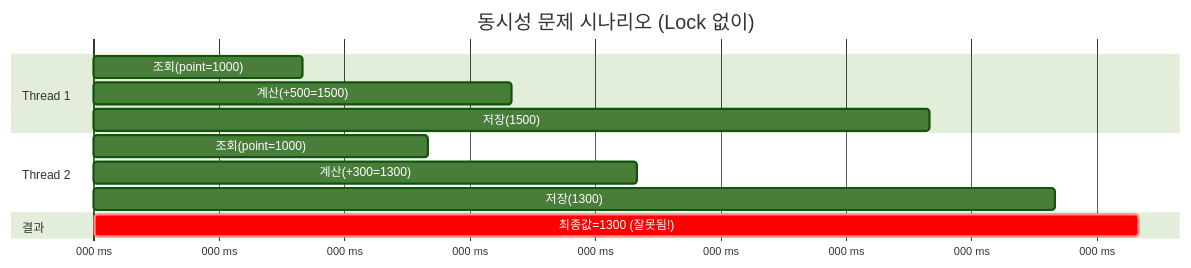
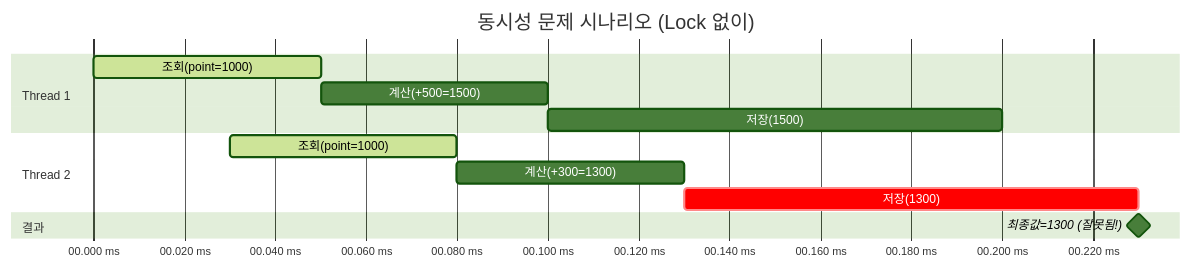
One commit to kimujin99/hhplus10_w1 changed the seventh of 7 diagrams in README.md. Above: the diagram before and after it, drawn with Mermaid (forest theme). The commit also changed 1 other file, not shown here.

Commit message:
fix: Gantt 차트 시간축 표시 수정
- dateFormat을 ss.SSS로 변경 (밀리초 단위)
- axisFormat을 %S.%L ms로 수정
- 시간 범위를 00.000 ~ 00.230 (0ms ~ 230ms)으로 명확히 표시
- active, crit, milestone 상태 추가로 가독성 향상

🤖 Generated with [Claude Code](https://claude.com/claude-code)

````diff
--- a/README.md
+++ b/README.md
@@ -172,19 +172,19 @@
 ```mermaid
 gantt
     title 동시성 문제 시나리오 (Lock 없이)
-    dateFormat X
-    axisFormat %L ms
+    dateFormat ss.SSS
+    axisFormat %S.%L ms
 
     section Thread 1
-        조회(point=1000)    :0, 50
-        계산(+500=1500)     :50, 100
-        저장(1500)          :100, 200
+    조회(point=1000)    :active, 00.000, 00.050
+    계산(+500=1500)     :00.050, 00.100
+    저장(1500)          :00.100, 00.200
 
     section Thread 2
-        조회(point=1000)    :30, 80
-        계산(+300=1300)     :80, 130
-        저장(1300)          :130, 230
+    조회(point=1000)    :active, 00.030, 00.080
+    계산(+300=1300)     :00.080, 00.130
+    저장(1300)          :crit, 00.130, 00.230
 
     section 결과
-        최종값=1300 (잘못됨!) :crit, 230, 250
+    최종값=1300 (잘못됨!) :milestone, 00.230, 00.230
 ```
````
